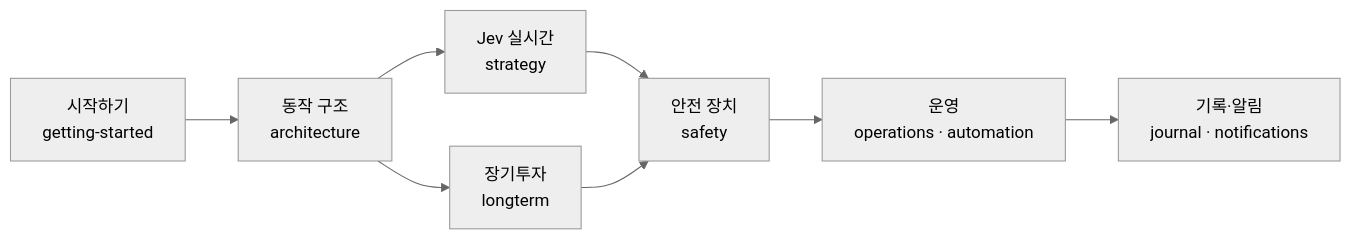
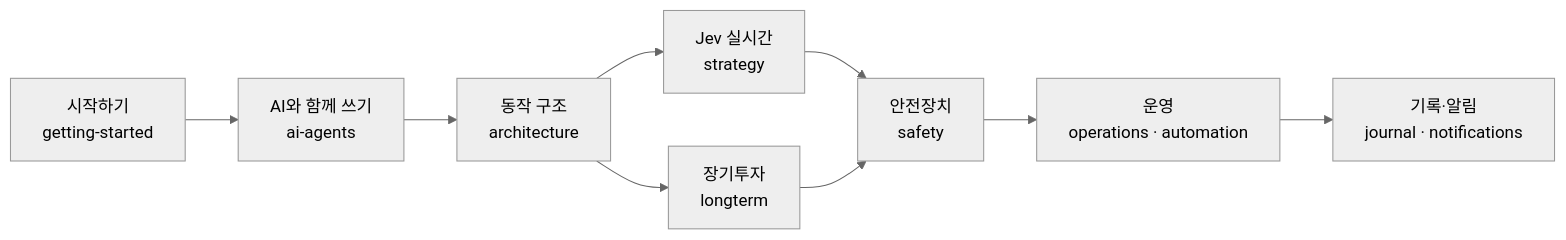
One commit to roadkwonai/omni-ai-trading changed the diagram in docs/README.md. Above: the diagram before and after it, drawn with Mermaid (neutral theme). The commit also changed other lines of this file and 185 other files, not shown here.

````diff
--- a/docs/README.md
+++ b/docs/README.md
@@ -12,10 +15,11 @@
 ```mermaid
 flowchart LR
-  S["시작하기<br/>getting-started"] --> A["동작 구조<br/>architecture"]
+  S["시작하기<br/>getting-started"] --> AI["AI와 함께 쓰기<br/>ai-agents"]
+  AI --> A["동작 구조<br/>architecture"]
   A --> J["Jev 실시간<br/>strategy"]
   A --> L["장기투자<br/>longterm"]
-  J --> SF["안전 장치<br/>safety"]
+  J --> SF["안전장치<br/>safety"]
   L --> SF
   SF --> O["운영<br/>operations · automation"]
   O --> R["기록·알림<br/>journal · notifications"]
 ```
````
